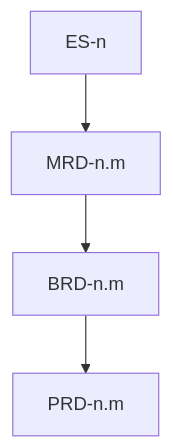
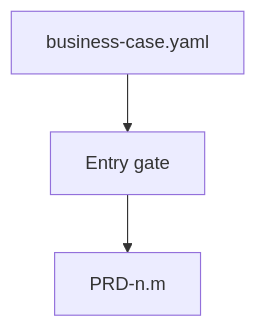
One commit to rr-agentic-kit/ai-plugins changed the diagram in plugins/rrraw/skills/rr-planner/refs/cascade.md. Above: the diagram before and after it, drawn with Mermaid. The commit also changed other lines of this file and 73 other files, not shown here.

````diff
--- a/plugins/rrraw/skills/rr-planner/refs/cascade.md
+++ b/plugins/rrraw/skills/rr-planner/refs/cascade.md
@@ -22,6 +26,5 @@
 ```mermaid
 flowchart TD
-  ES["ES-n"] --> MRD["MRD-n.m"]
-  MRD --> BRD["BRD-n.m"]
-  BRD --> PRD["PRD-n.m"]
+  BC["business-case.yaml"] --> Gate["Entry gate"]
+  Gate --> PRD["PRD-n.m"]
 ```
````
